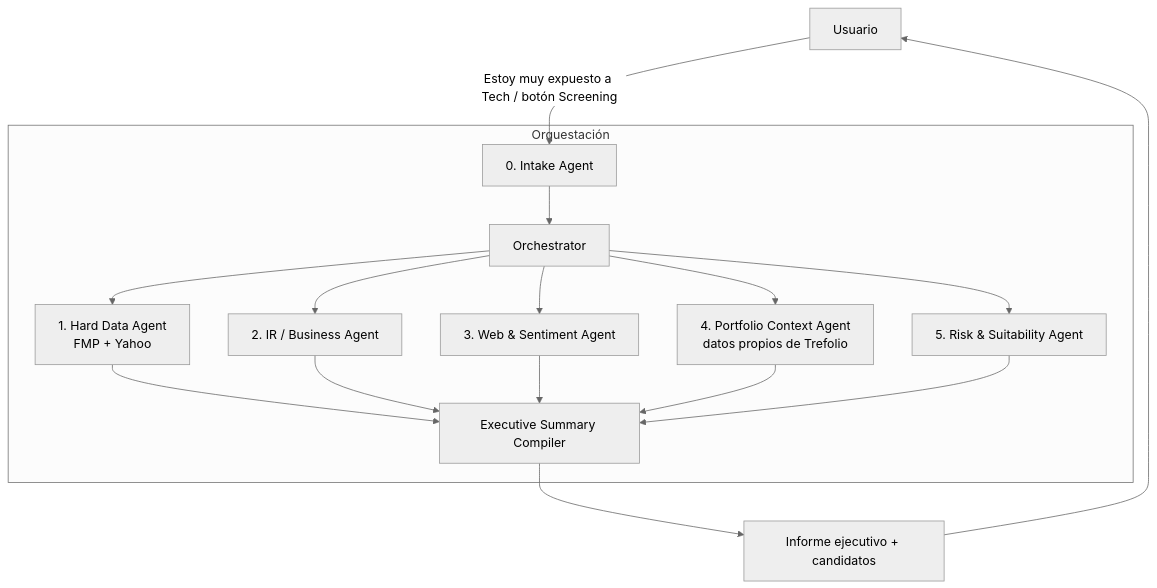
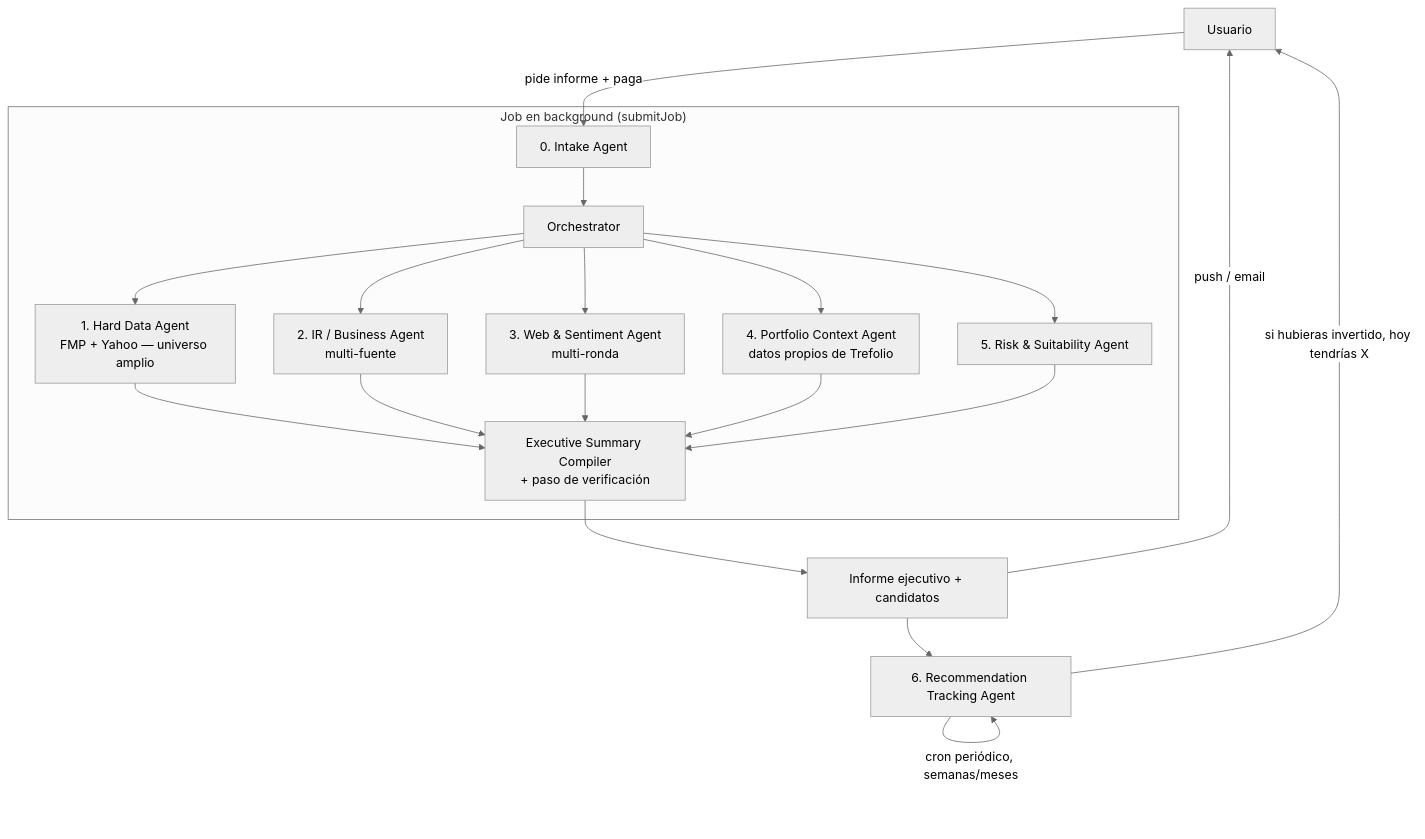
The diagram in docs/PRD_INVESTMENT_SCREENING_AGENTS.md (kyberis/stocktracker), drawn with Mermaid (neutral theme) before and after one commit. The commit also changed other lines of this file, not shown here.

First line of the commit message:
docs: rework PRD for pay-per-generation model + recommendation tracking agent

````diff
--- a/docs/PRD_INVESTMENT_SCREENING_AGENTS.md
+++ b/docs/PRD_INVESTMENT_SCREENING_AGENTS.md
@@ -58,21 +99,24 @@
 ```mermaid
 flowchart TD
-    U[Usuario] -->|"Estoy muy expuesto a Tech" / botón Screening| Intake
+    U[Usuario] -->|pide informe + paga| Intake
 
-    subgraph Orquestación
+    subgraph "Job en background (submitJob)"
         Intake[0. Intake Agent] --> Planner[Orchestrator]
-        Planner --> A1[1. Hard Data Agent<br/>FMP + Yahoo]
-        Planner --> A2[2. IR / Business Agent]
-        Planner --> A3[3. Web & Sentiment Agent]
+        Planner --> A1[1. Hard Data Agent<br/>FMP + Yahoo — universo amplio]
+        Planner --> A2[2. IR / Business Agent<br/>multi-fuente]
+        Planner --> A3[3. Web & Sentiment Agent<br/>multi-ronda]
         Planner --> A4[4. Portfolio Context Agent<br/>datos propios de Trefolio]
         Planner --> A5[5. Risk & Suitability Agent]
-        A1 --> Compiler[Executive Summary Compiler]
+        A1 --> Compiler[Executive Summary Compiler<br/>+ paso de verificación]
         A2 --> Compiler
         A3 --> Compiler
         A4 --> Compiler
         A5 --> Compiler
     end
 
     Compiler --> Report[Informe ejecutivo + candidatos]
-    Report --> U
+    Report -->|push / email| U
+    Report --> Tracking[6. Recommendation Tracking Agent]
+    Tracking -->|cron periódico, semanas/meses| Tracking
+    Tracking -->|"si hubieras invertido, hoy tendrías X"| U
 ```
````
